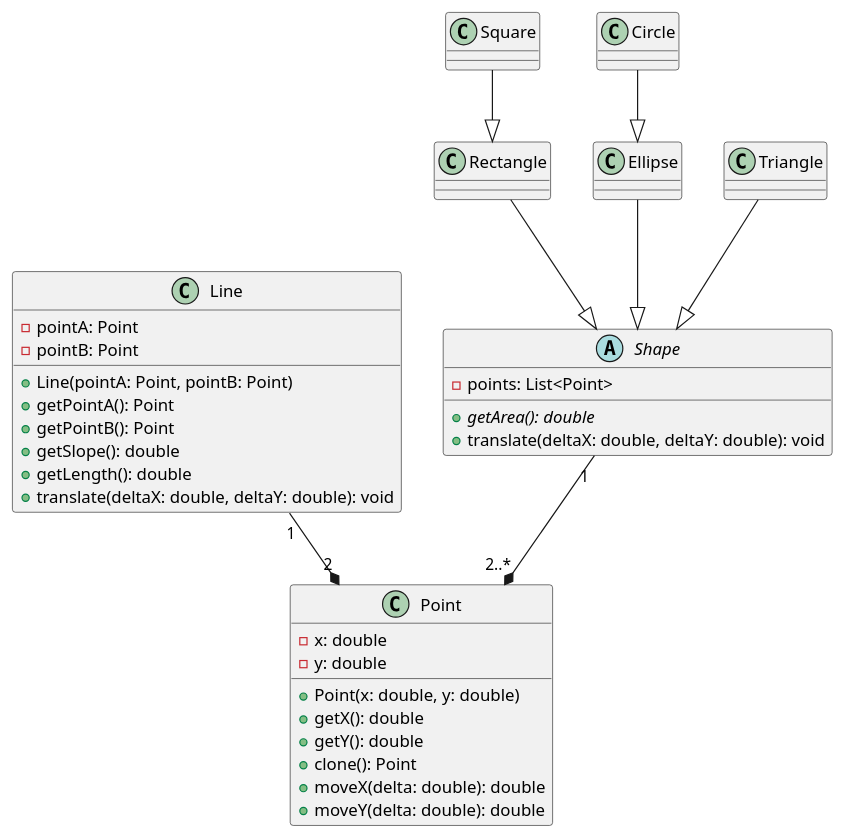
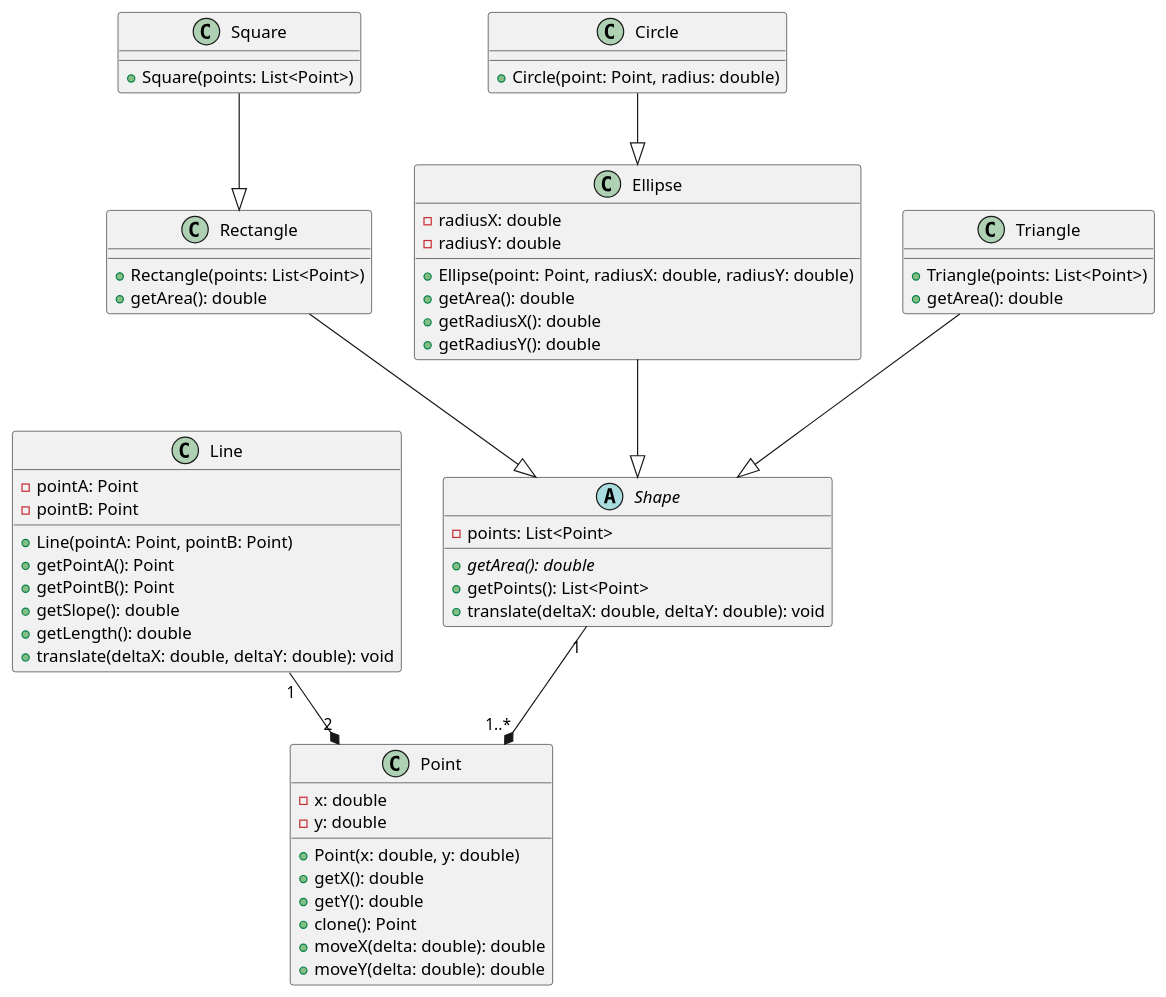
Before and after one commit to quality-liquid/cs5700-assn1-shapes: the diagram in diagrams/src/shapes-design.plantuml, drawn with PlantUML.

Commit message:
finished initial UML design, need to consider private methods I'll need

```diff
--- a/diagrams/src/shapes-design.plantuml
+++ b/diagrams/src/shapes-design.plantuml
@@ -1,46 +1,68 @@
 @startuml
 
 
 class Point{
     - x: double
     - y: double
     + Point(x: double, y: double)
     + getX(): double
     + getY(): double
     + clone(): Point
     + moveX(delta: double): double
     + moveY(delta: double): double
 }
 
 class Line {
     - pointA: Point
     - pointB: Point
     + Line(pointA: Point, pointB: Point)
     + getPointA(): Point
     + getPointB(): Point
     + getSlope(): double
     + getLength(): double
     + translate(deltaX: double, deltaY: double): void
 }
 
 abstract class Shape {
     - points: List<Point>
     + {abstract} getArea(): double
+    + getPoints(): List<Point>
     + translate(deltaX: double, deltaY: double): void
 }
 
-class Rectangle
-class Square
-class Ellipse
-class Circle
-class Triangle
+class Rectangle {
+    + Rectangle(points: List<Point>)
+    + getArea(): double
+}
 
-Shape "1" --* "2..*" Point
+class Square {
+    + Square(points: List<Point>)
+}
+
+class Ellipse {
+    - radiusX: double
+    - radiusY: double
+    + Ellipse(point: Point, radiusX: double, radiusY: double)
+    + getArea(): double
+    + getRadiusX(): double
+    + getRadiusY(): double
+}
+
+class Circle {
+    + Circle(point: Point, radius: double)
+}
+
+class Triangle {
+    + Triangle(points: List<Point>)
+    + getArea(): double
+}
+
+Shape "1" --* "1..*" Point
 Line "1" --* "2" Point
 Rectangle --|> Shape
 Square --|> Rectangle
 Ellipse --|> Shape
 Circle --|> Ellipse
 Triangle --|> Shape
 
 @enduml
```
